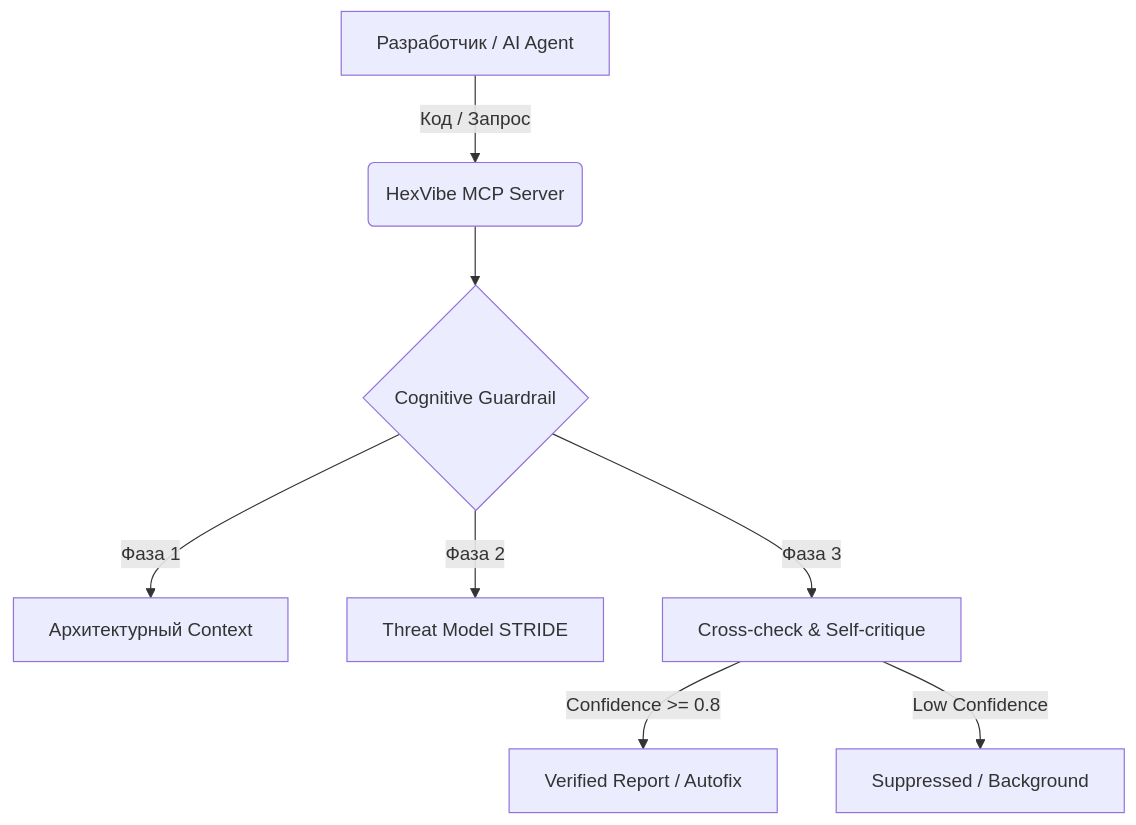
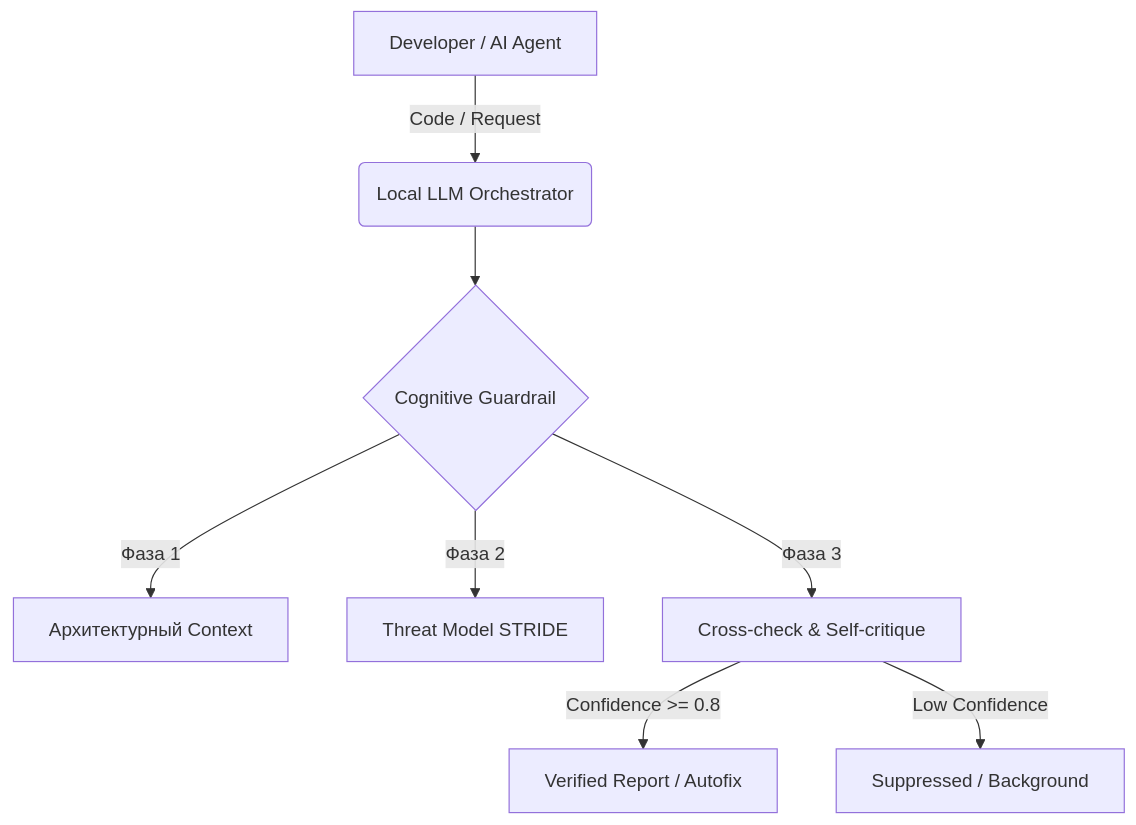
Before and after one commit to ivanidknow/hexvibe: the diagram in README.md, drawn with Mermaid. The commit also changed other lines of this file and 15 other files, not shown here.

````diff
--- a/README.md
+++ b/README.md
@@ -15,10 +15,10 @@
 ```mermaid
 flowchart TD
-    A[Разработчик / AI Agent] -->|Код / Запрос| B(HexVibe MCP Server)
+    A[Developer / AI Agent] -->|Code / Request| B(Local LLM Orchestrator)
     B --> C{Cognitive Guardrail}
     C -->|Фаза 1| D[Архитектурный Context]
     C -->|Фаза 2| E[Threat Model STRIDE]
     C -->|Фаза 3| F[Cross-check & Self-critique]
     F -->|Confidence >= 0.8| G[Verified Report / Autofix]
     F -->|Low Confidence| H[Suppressed / Background]
 ```
````
